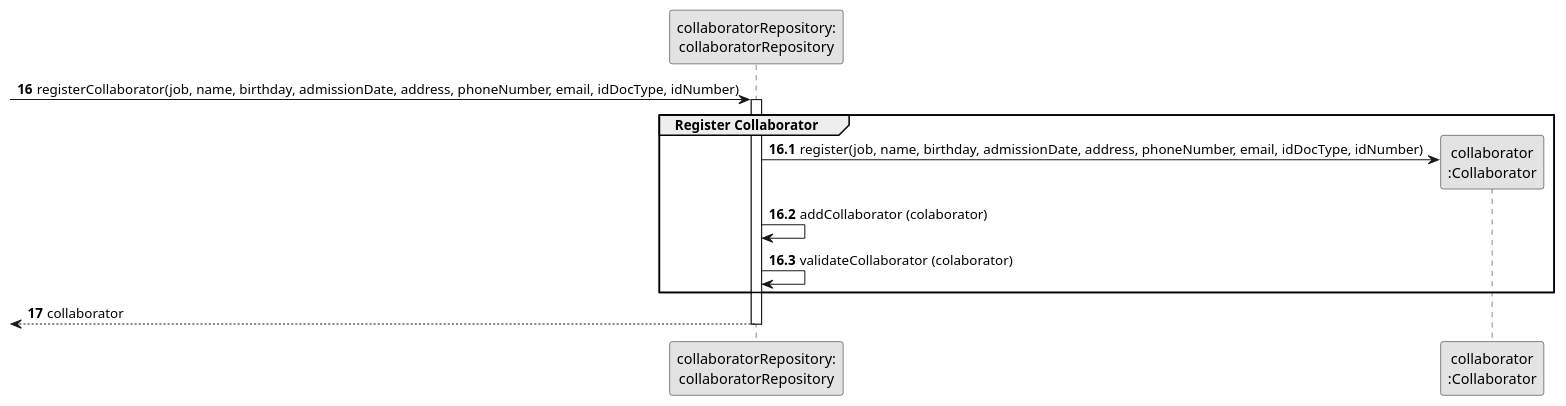
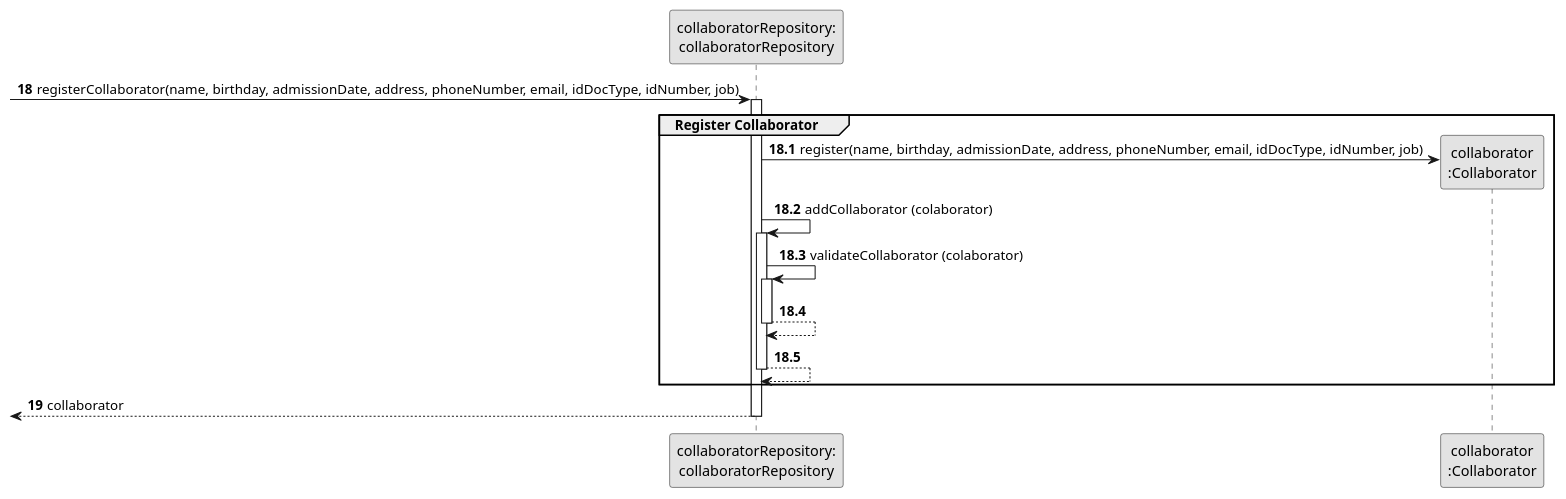
Before and after one commit to daniel41silva05/ISEP_2023_2024_LAPR2: the diagram in docs/sprintA&B/us003/03.design/puml/us003-sequence-diagram-partial-register-collaborator.puml, drawn with PlantUML. The commit also changed 15 other files, not shown here.

Commit message:
ED-17: US3 - corrections in coherence between sequence diagram, class diagram and implementation

```diff
--- a/docs/sprintA&B/us003/03.design/puml/us003-sequence-diagram-partial-register-collaborator.puml
+++ b/docs/sprintA&B/us003/03.design/puml/us003-sequence-diagram-partial-register-collaborator.puml
@@ -1,29 +1,36 @@
 @startuml
 skinparam monochrome true
 skinparam packageStyle rectangle
 skinparam shadowing false
 
 participant "collaboratorRepository:\ncollaboratorRepository" as collaboratorRepository
 participant "collaborator\n:Collaborator" as COLLABORATOR
 
-autonumber 16
--> collaboratorRepository : registerCollaborator(job, name, birthday, admissionDate, address, phoneNumber, email, idDocType, idNumber)
+autonumber 18
+-> collaboratorRepository : registerCollaborator(name, birthday, admissionDate, address, phoneNumber, email, idDocType, idNumber, job)
 
-autonumber 16.1
+autonumber 18.1
 
 activate collaboratorRepository
     group Register Collaborator
-
-                collaboratorRepository -> COLLABORATOR** : register(job, name, birthday, admissionDate, address, phoneNumber, email, idDocType, idNumber)
+                collaboratorRepository -> COLLABORATOR** : register(name, birthday, admissionDate, address, phoneNumber, email, idDocType, idNumber, job)
 
                 collaboratorRepository -> collaboratorRepository: addCollaborator (colaborator)
+                activate collaboratorRepository
 
                 collaboratorRepository -> collaboratorRepository: validateCollaborator (colaborator)
+                activate collaboratorRepository
+
+                collaboratorRepository --> collaboratorRepository
+                deactivate collaboratorRepository
+
+                collaboratorRepository --> collaboratorRepository
+                deactivate collaboratorRepository
     end group
 
-    autonumber 17
+    autonumber 19
     <-- collaboratorRepository : collaborator
 deactivate collaboratorRepository
 
 
 @enduml
```
